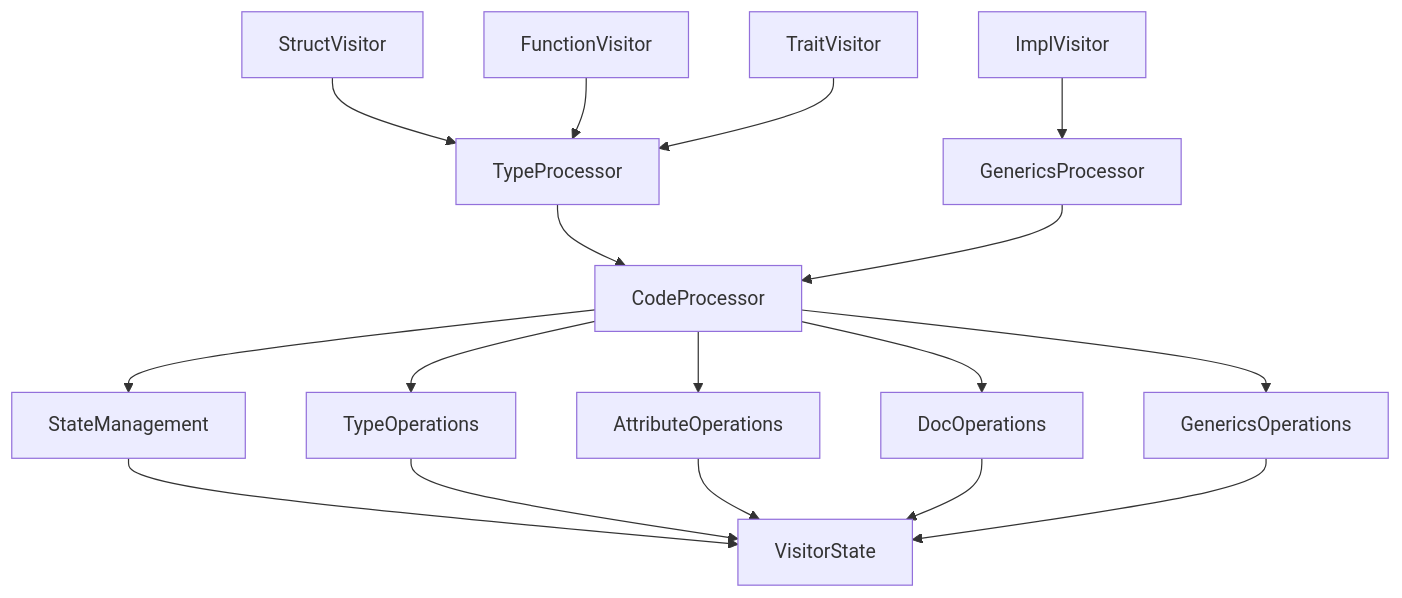
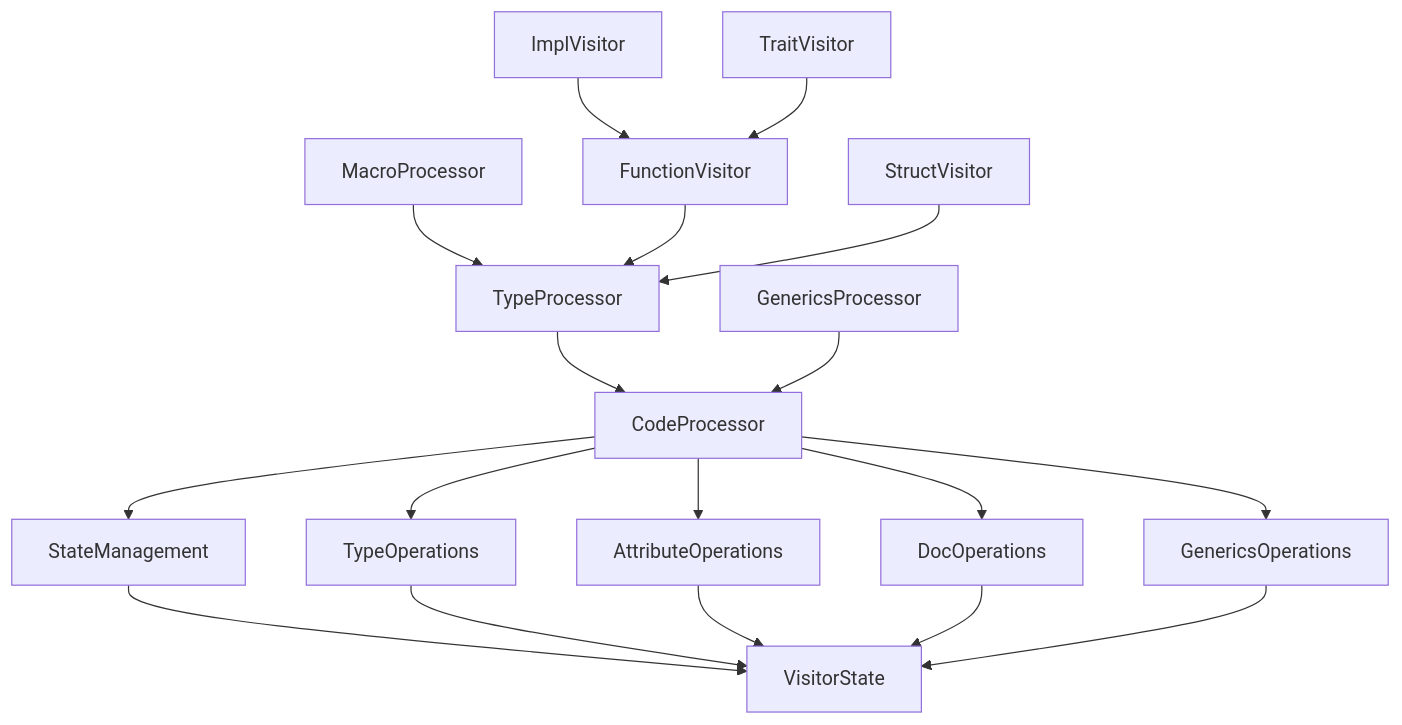
The diagram in book/src/Project_Structure/Visitor_Documentation.md (josephleblanc/syn_parser), drawn with Mermaid before and after one commit. The commit also changed other lines of this file and 2 other files, not shown here.

Commit message:
docs: Enhance visitor module documentation and refactor tracker

````diff
--- a/book/src/Project_Structure/Visitor_Documentation.md
+++ b/book/src/Project_Structure/Visitor_Documentation.md
@@ -5,22 +5,23 @@
 ```mermaid
 graph TD
     CodeProcessor[CodeProcessor] --> StateManagement
     CodeProcessor --> TypeOperations
     CodeProcessor --> AttributeOperations
     CodeProcessor --> DocOperations
     CodeProcessor --> GenericsOperations
     
     TypeProcessor --> CodeProcessor
     GenericsProcessor --> CodeProcessor
+    MacroProcessor --> TypeProcessor
     
+    FunctionVisitor --> TypeProcessor
     StructVisitor --> TypeProcessor
-    FunctionVisitor --> TypeProcessor
-    ImplVisitor --> GenericsProcessor
-    TraitVisitor --> TypeProcessor
+    ImplVisitor --> FunctionVisitor
+    TraitVisitor --> FunctionVisitor
     
     StateManagement[StateManagement] --> VisitorState
     TypeOperations[TypeOperations] --> VisitorState
     AttributeOperations[AttributeOperations] --> VisitorState
     DocOperations[DocOperations] --> VisitorState
     GenericsOperations[GenericsOperations] --> VisitorState
 ```
````
